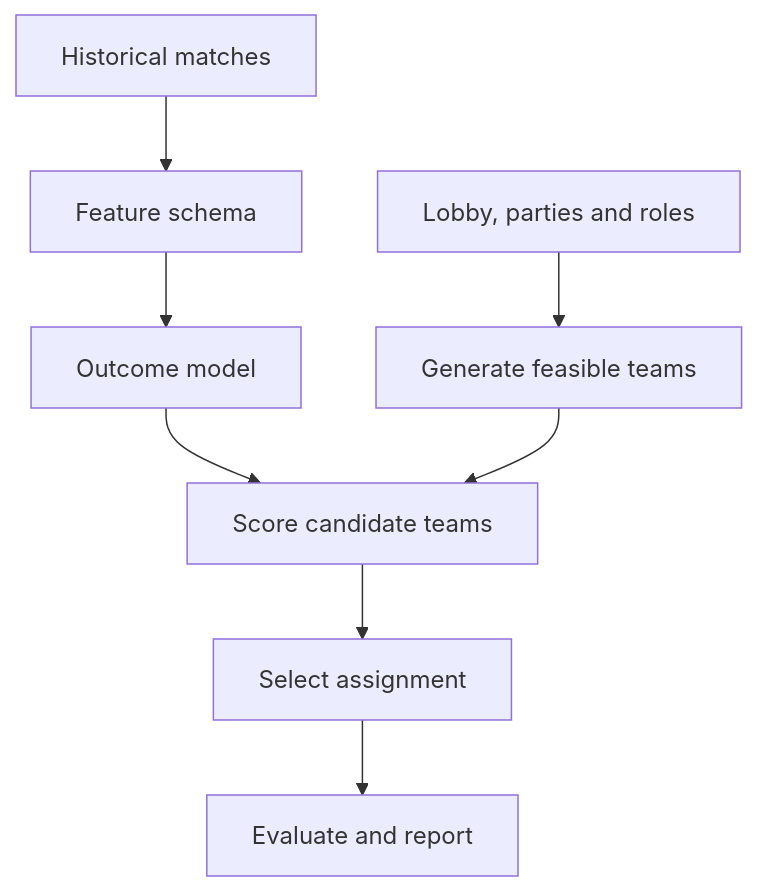
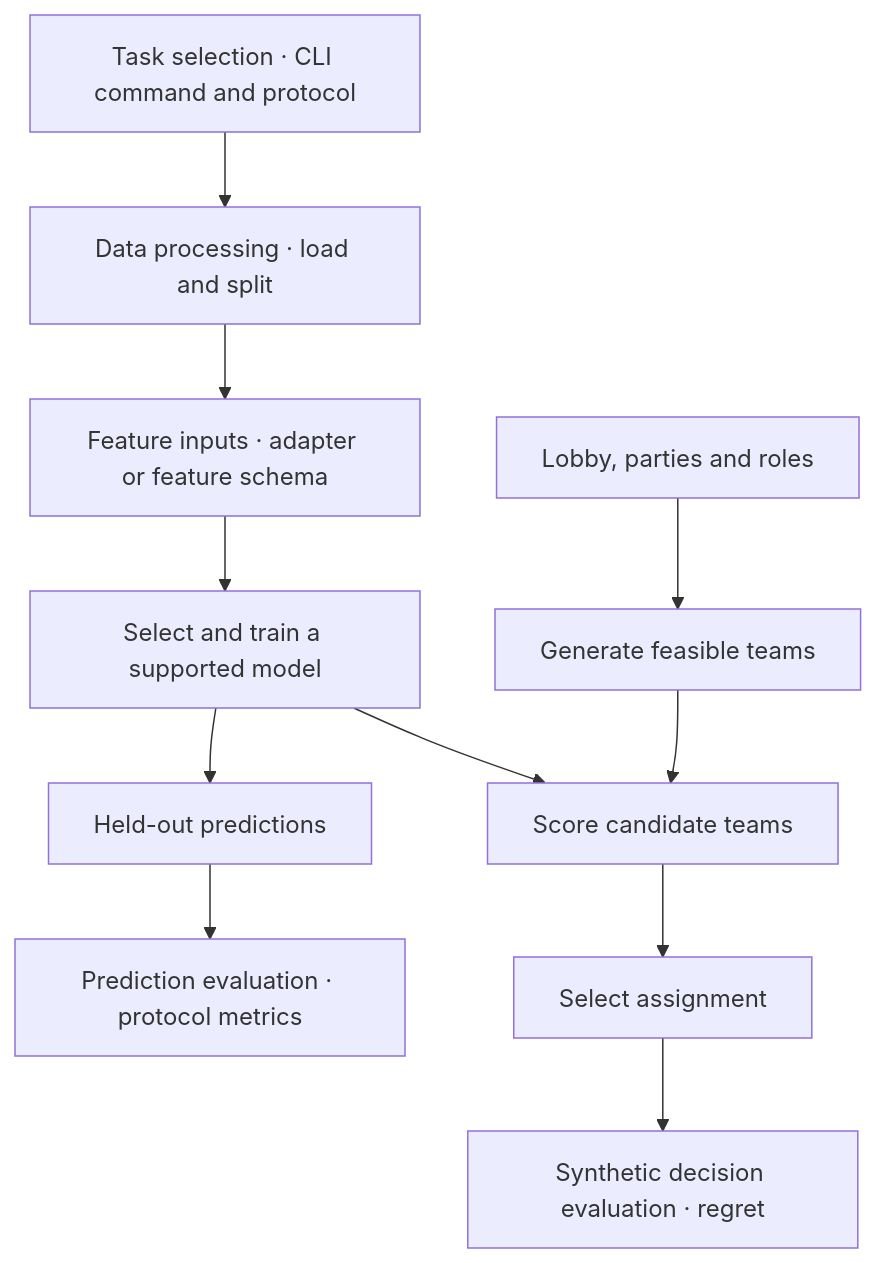
Before and after one commit to FogOfWarAI/shuach: the diagram in README.md, drawn with Mermaid. The commit also changed other lines of this file and 1 other file, not shown here.

Commit message:
Show task selection and evaluation paths in framework diagrams

````diff
--- a/README.md
+++ b/README.md
@@ -15,6 +15,10 @@
 ```mermaid
 flowchart TD
-    A["Historical matches"] --> B["Feature schema"] --> C["Outcome model"] --> D["Score candidate teams"]
+    T["Task selection · CLI command and protocol"] --> A["Data processing · load and split"]
+    A --> B["Feature inputs · adapter or feature schema"]
+    B --> C["Select and train a supported model"]
+    C --> P["Held-out predictions"] --> H["Prediction evaluation · protocol metrics"]
+    C --> D["Score candidate teams"]
     E["Lobby, parties and roles"] --> F["Generate feasible teams"] --> D
-    D --> G["Select assignment"] --> H["Evaluate and report"]
+    D --> G["Select assignment"] --> R["Synthetic decision evaluation · regret"]
 ```
````
